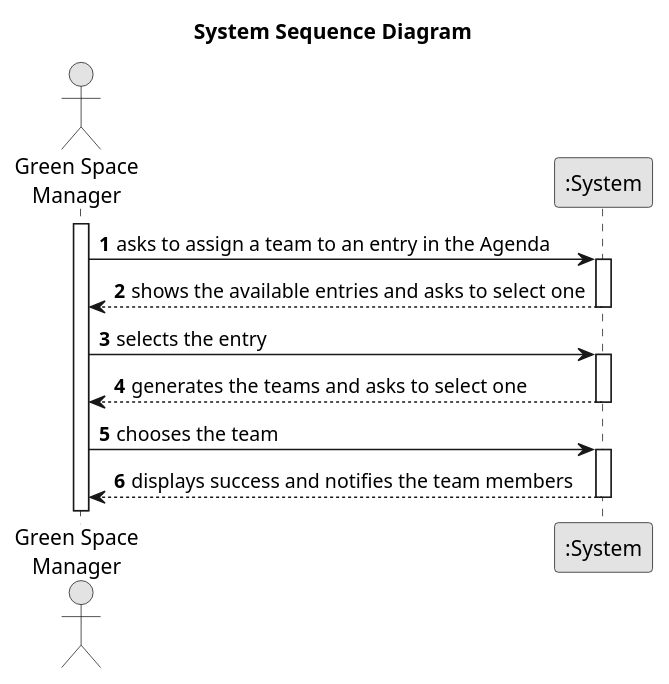
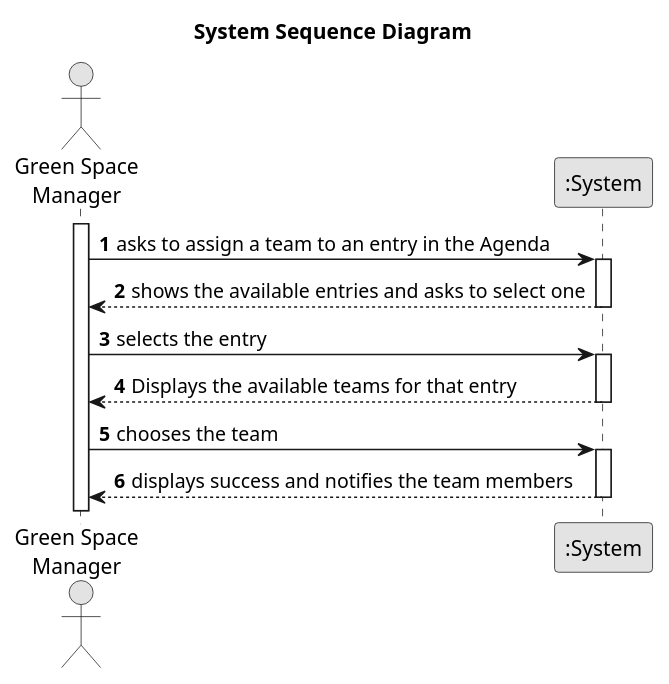
Before and after one commit to RicardoMorim/lapr2-ISEP-Project: the diagram in docs/sprintC/us023/01.requirements-engineering/puml/us023-alternative-one.puml, drawn with PlantUML. The commit also changed 2 other files, not shown here.

```diff
--- a/docs/sprintC/us023/01.requirements-engineering/puml/us023-alternative-one.puml
+++ b/docs/sprintC/us023/01.requirements-engineering/puml/us023-alternative-one.puml
@@ -1,34 +1,34 @@
 @startuml
 skinparam monochrome true
 skinparam packageStyle rectangle
 skinparam shadowing false
 
 title System Sequence Diagram
 
 autonumber
 
 actor "Green Space\nManager" as Employee
 participant ":System" as System
 
 activate Employee
 
     Employee -> System : asks to assign a team to an entry in the Agenda
     activate System
 
 
     System --> Employee : shows the available entries and asks to select one
     deactivate System
 
     Employee -> System : selects the entry
     activate System
 
-    System --> Employee : generates the teams and asks to select one
+    System --> Employee : Displays the available teams for that entry
     deactivate System
 
     Employee -> System : chooses the team
     activate System
 
     System --> Employee : displays success and notifies the team members
     deactivate System
 
 @enduml
```
